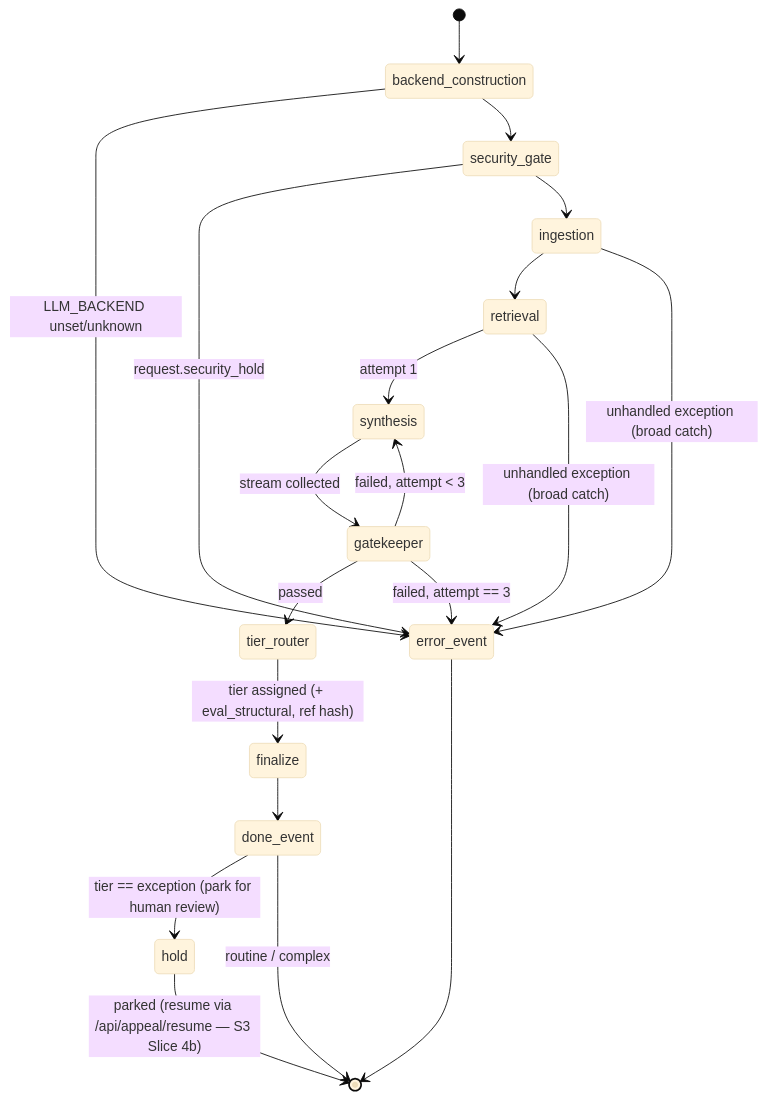
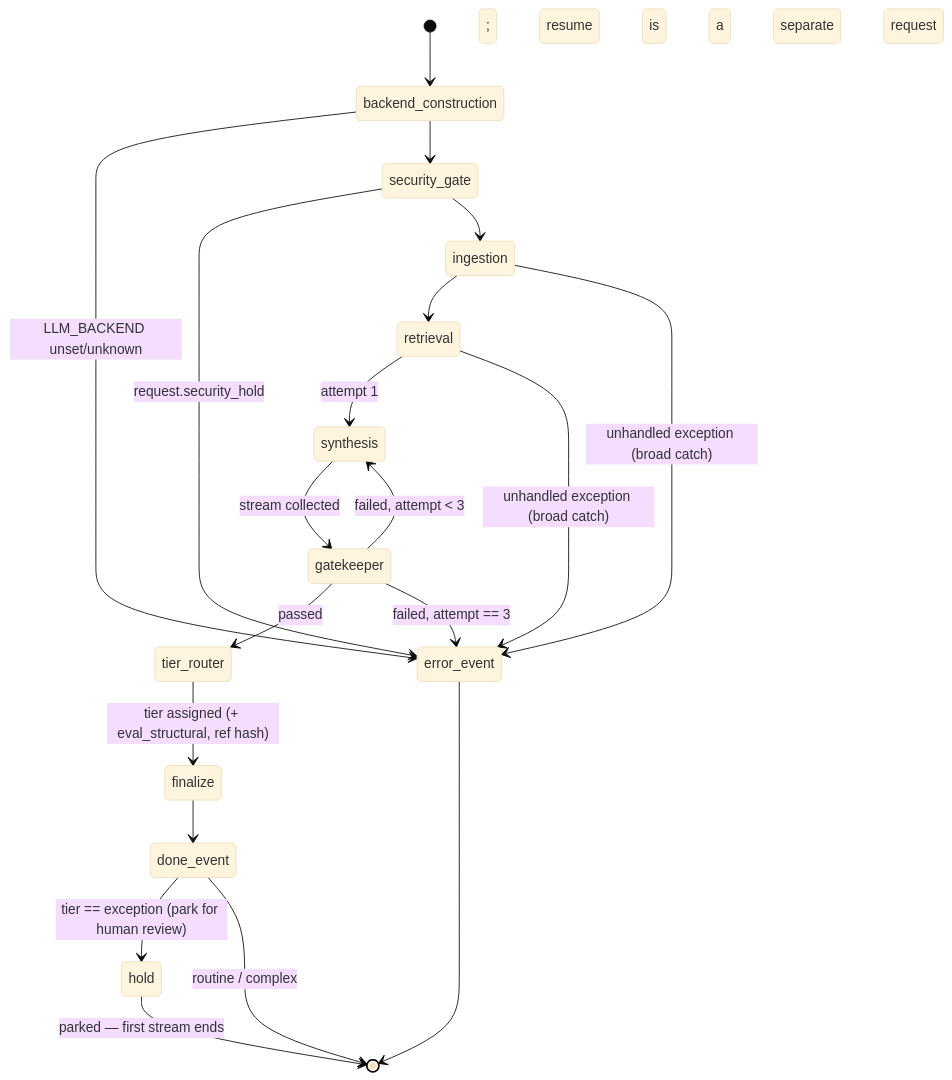
One commit to mcruz90/paxos-demo changed the third of 5 diagrams in docs/architecture/05-state-lifecycle.md. Above: the diagram before and after it, drawn with Mermaid (base theme). The commit also changed other lines of this file and 6 other files, not shown here.

First line of the commit message:
docs(architecture): 06/02/05/10/11 + ADR-0009/0010 — resume endpoint (S3 Slice 4b, in-series)

````diff
--- a/docs/architecture/05-state-lifecycle.md
+++ b/docs/architecture/05-state-lifecycle.md
@@ -90,22 +90,22 @@
 ```mermaid
 stateDiagram-v2
     [*] --> backend_construction
     backend_construction --> error_event : LLM_BACKEND unset/unknown
     backend_construction --> security_gate
     security_gate --> error_event : request.security_hold
     security_gate --> ingestion
     ingestion --> retrieval
     retrieval --> synthesis : attempt 1
     synthesis --> gatekeeper : stream collected
     gatekeeper --> tier_router : passed
     tier_router --> finalize : tier assigned (+ eval_structural, ref hash)
     finalize --> done_event
     done_event --> hold : tier == exception (park for human review)
     gatekeeper --> synthesis : failed, attempt < 3
     gatekeeper --> error_event : failed, attempt == 3
     ingestion --> error_event : unhandled exception (broad catch)
     retrieval --> error_event : unhandled exception (broad catch)
     done_event --> [*] : routine / complex
-    hold --> [*] : parked (resume via /api/appeal/resume — S3 Slice 4b)
+    hold --> [*] : parked — first stream ends; resume is a separate request
     error_event --> [*]
 ```
````
